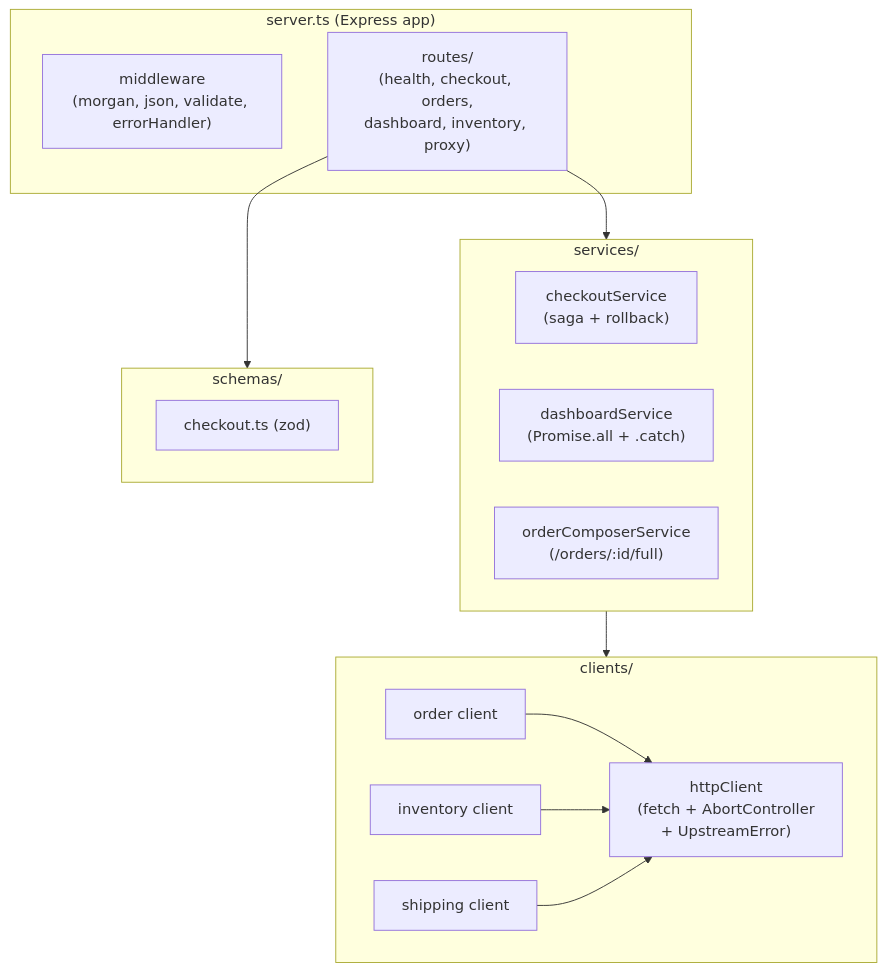
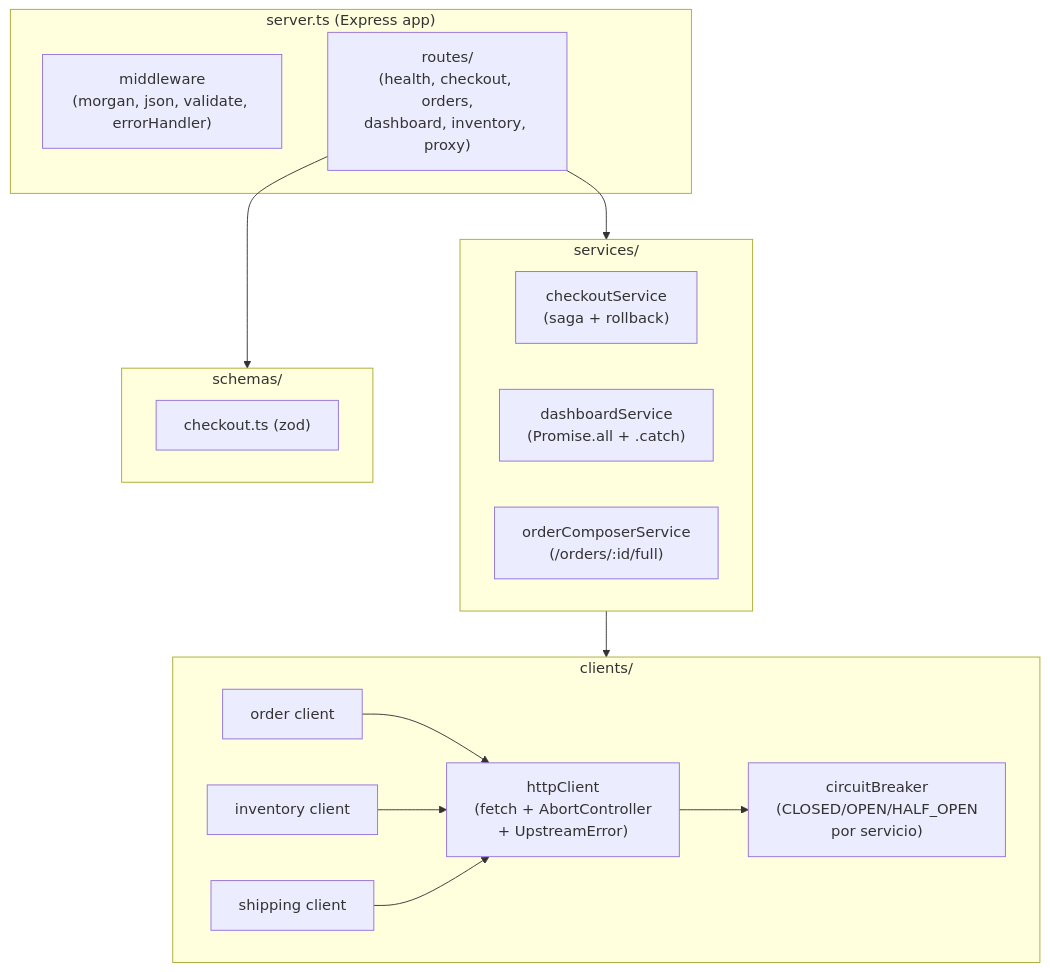
One commit to smartLogixfs/smartlogixs changed the second of 3 diagrams in backend/bff/README.md. Above: the diagram before and after it, drawn with Mermaid. The commit also changed other lines of this file and 2 other files, not shown here.

First line of the commit message:
docs(readmes): documentar Factory Method (ms-order) y Circuit Breaker (BFF)

````diff
--- a/backend/bff/README.md
+++ b/backend/bff/README.md
@@ -77,29 +77,31 @@
 ```mermaid
 flowchart TB
     subgraph Server["server.ts (Express app)"]
         MW["middleware<br/>(morgan, json, validate, errorHandler)"]
         Routes["routes/<br/>(health, checkout, orders,<br/>dashboard, inventory, proxy)"]
     end
 
     subgraph Services["services/"]
         CK["checkoutService<br/>(saga + rollback)"]
         DS["dashboardService<br/>(Promise.all + .catch)"]
         OC["orderComposerService<br/>(/orders/:id/full)"]
     end
 
     subgraph Clients["clients/"]
         HC["httpClient<br/>(fetch + AbortController<br/>+ UpstreamError)"]
+        CB["circuitBreaker<br/>(CLOSED/OPEN/HALF_OPEN<br/>por servicio)"]
         O[order client]
         I[inventory client]
         S[shipping client]
     end
 
     subgraph Schemas["schemas/"]
         CKS["checkout.ts (zod)"]
     end
 
     Routes --> Services
     Routes --> Schemas
     Services --> Clients
     O & I & S --> HC
+    HC --> CB
 ```
````
